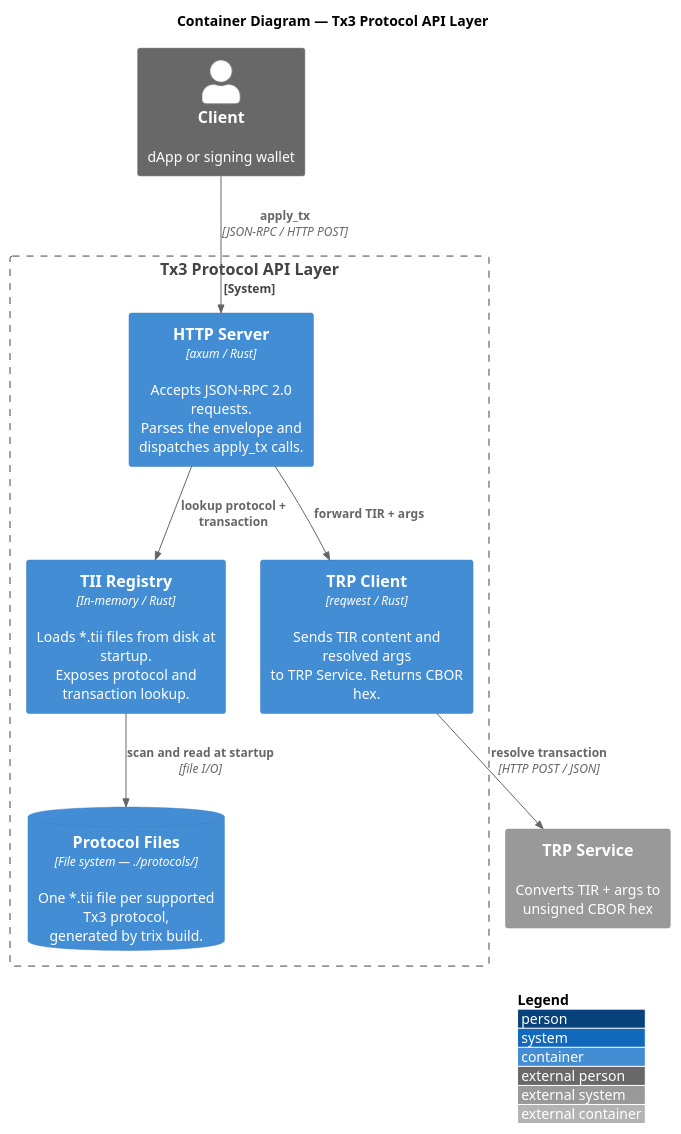
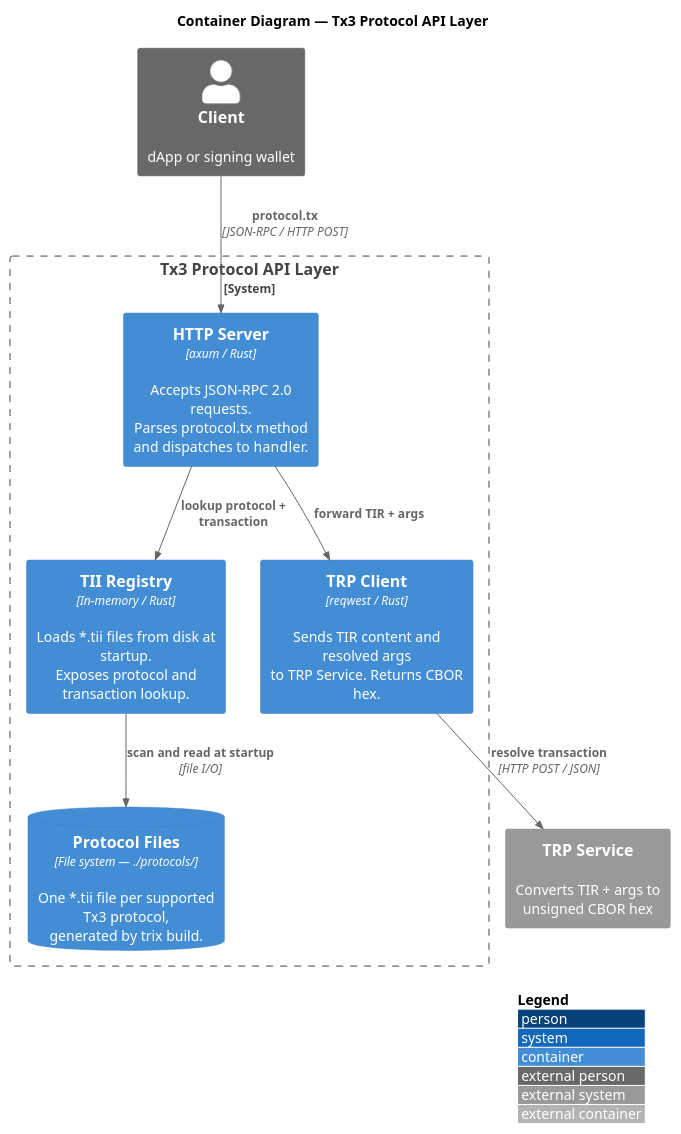
The diagram in design/001-assets/c4-container.puml (tx3-lang/protocol-gateway), drawn with PlantUML before and after one commit. The commit also changed 5 other files, not shown here.

```diff
--- a/design/001-assets/c4-container.puml
+++ b/design/001-assets/c4-container.puml
@@ -1,24 +1,24 @@
 @startuml c4-container
 !include <C4/C4_Container>
 
 LAYOUT_WITH_LEGEND()
 
 title Container Diagram — Tx3 Protocol API Layer
 
 Person_Ext(client, "Client", "dApp or signing wallet")
 System_Ext(trp, "TRP Service", "Converts TIR + args to unsigned CBOR hex")
 
 System_Boundary(api, "Tx3 Protocol API Layer") {
-    Container(server, "HTTP Server", "axum / Rust", "Accepts JSON-RPC 2.0 requests.\nParses the envelope and dispatches apply_tx calls.")
+    Container(server, "HTTP Server", "axum / Rust", "Accepts JSON-RPC 2.0 requests.\nParses protocol.tx method and dispatches to handler.")
     Container(registry, "TII Registry", "In-memory / Rust", "Loads *.tii files from disk at startup.\nExposes protocol and transaction lookup.")
     Container(trpClient, "TRP Client", "reqwest / Rust", "Sends TIR content and resolved args\nto TRP Service. Returns CBOR hex.")
     ContainerDb(protocols, "Protocol Files", "File system — ./protocols/", "One *.tii file per supported Tx3 protocol,\ngenerated by trix build.")
 }
 
-Rel(client, server, "apply_tx", "JSON-RPC / HTTP POST")
+Rel(client, server, "protocol.tx", "JSON-RPC / HTTP POST")
 Rel(server, registry, "lookup protocol + transaction")
 Rel(registry, protocols, "scan and read at startup", "file I/O")
 Rel(server, trpClient, "forward TIR + args")
 Rel(trpClient, trp, "resolve transaction", "HTTP POST / JSON")
 
 @enduml
```
